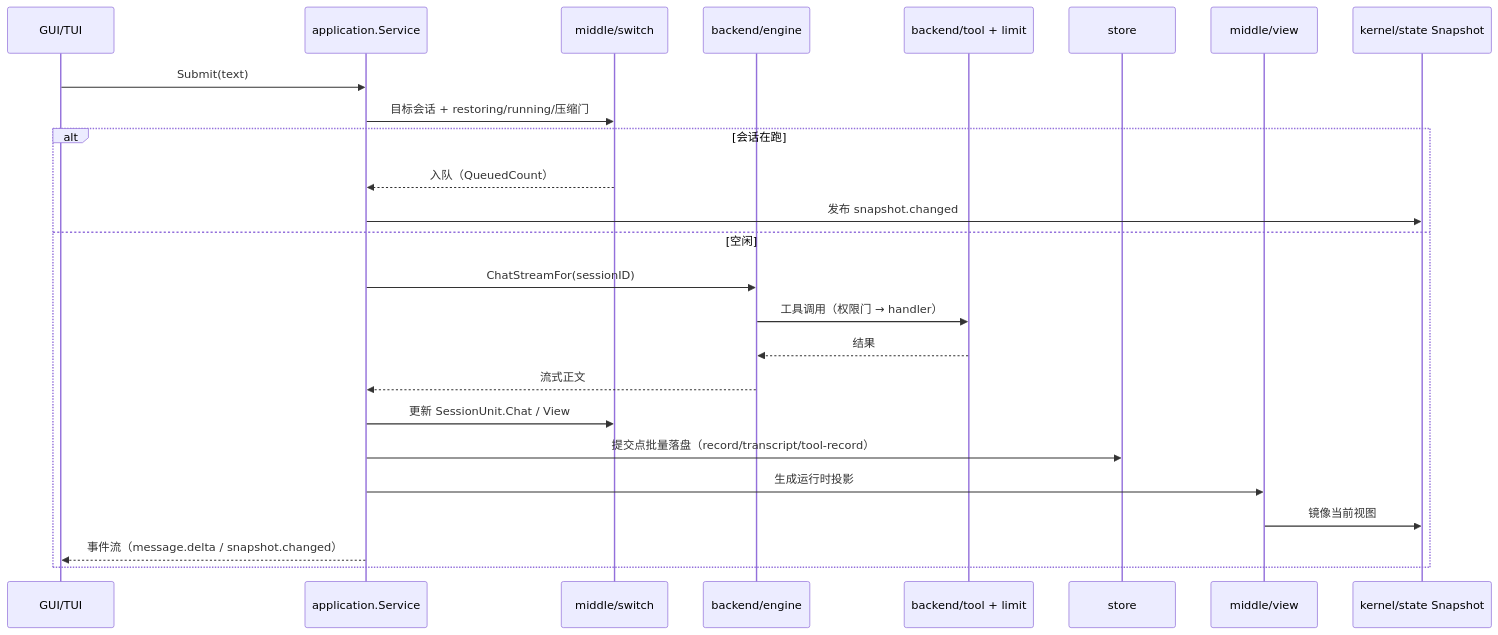
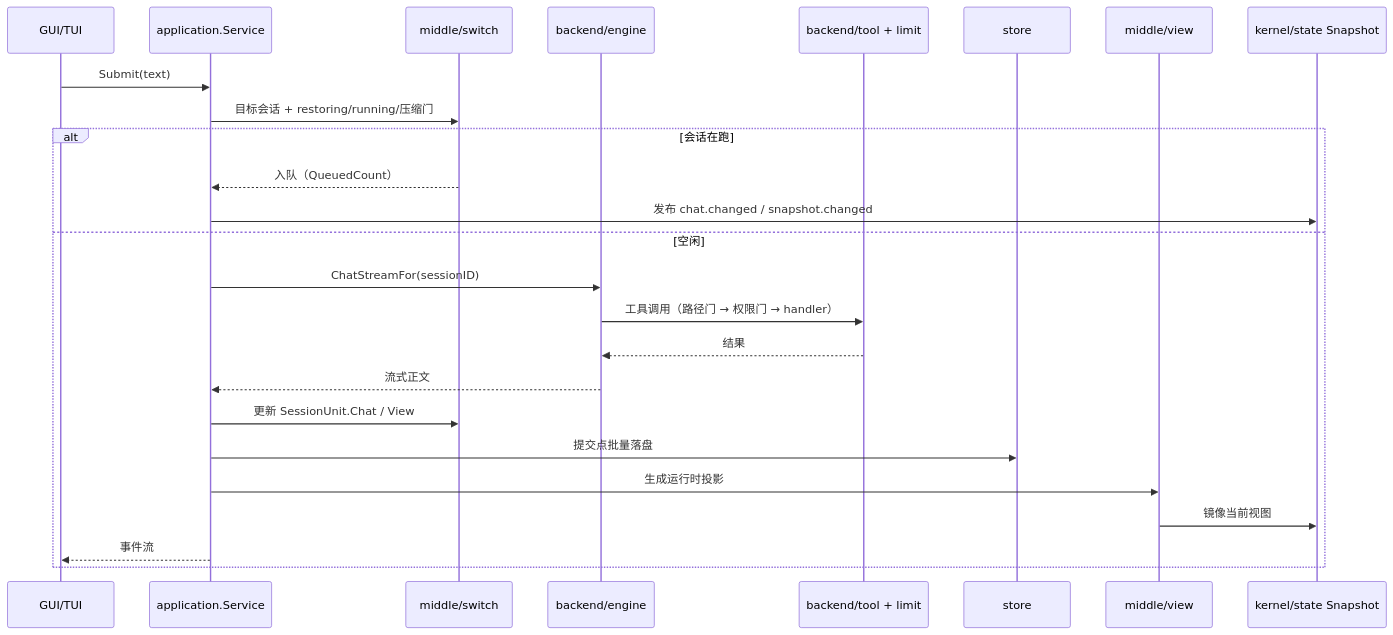
Before and after one commit to RedHuang-0622/seelex: the second of 4 diagrams in docs/2026-10-15-architecture-reshape/handoff-next-session.md, drawn with Mermaid. The commit also changed other lines of this file and 3 other files, not shown here.

````diff
--- a/docs/2026-10-15-architecture-reshape/handoff-next-session.md
+++ b/docs/2026-10-15-architecture-reshape/handoff-next-session.md
@@ -183,28 +181,28 @@
 ```mermaid
 sequenceDiagram
     participant U as GUI/TUI
     participant A as application.Service
     participant S as middle/switch
     participant E as backend/engine
     participant T as backend/tool + limit
     participant D as store
     participant V as middle/view
     participant K as kernel/state Snapshot
 
     U->>A: Submit(text)
     A->>S: 目标会话 + restoring/running/压缩门
     alt 会话在跑
         S-->>A: 入队（QueuedCount）
-        A->>K: 发布 snapshot.changed
+        A->>K: 发布 chat.changed / snapshot.changed
     else 空闲
         A->>E: ChatStreamFor(sessionID)
-        E->>T: 工具调用（权限门 → handler）
+        E->>T: 工具调用（路径门 → 权限门 → handler）
         T-->>E: 结果
         E-->>A: 流式正文
         A->>S: 更新 SessionUnit.Chat / View
-        A->>D: 提交点批量落盘（record/transcript/tool-record）
+        A->>D: 提交点批量落盘
         A->>V: 生成运行时投影
         V->>K: 镜像当前视图
-        A-->>U: 事件流（message.delta / snapshot.changed）
+        A-->>U: 事件流
     end
 ```
````
